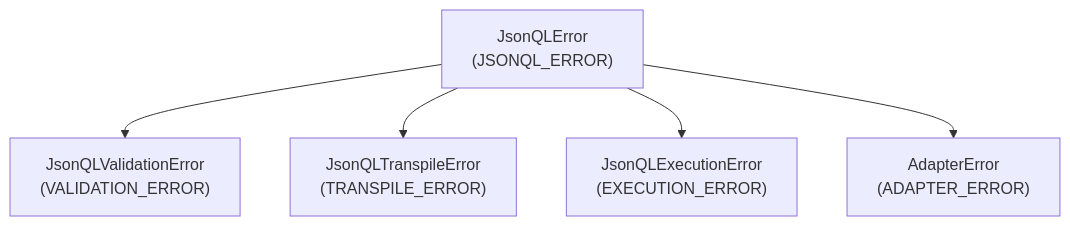
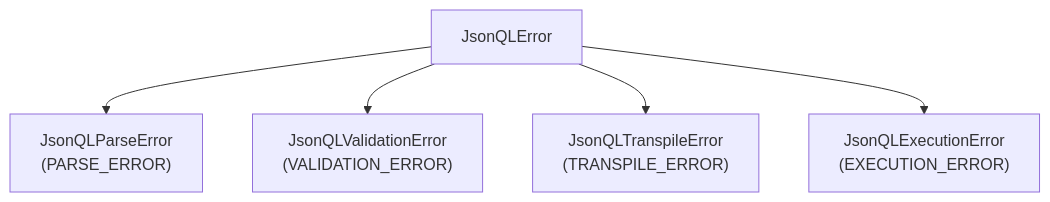
One commit to JSONQL-Standard/jsonql-docs changed the diagram in src/content/docs/sdk/python.md. Above: the diagram before and after it, drawn with Mermaid. The commit also changed other lines of this file and 3 other files, not shown here.

First line of the commit message:
docs: rewrite SDK pages — install, config, use flow

````diff
--- a/src/content/docs/sdk/python.md
+++ b/src/content/docs/sdk/python.md
@@ -243,7 +204,7 @@
 ```mermaid
 graph TD
-    E["JsonQLError<br/>(JSONQL_ERROR)"] --> V["JsonQLValidationError<br/>(VALIDATION_ERROR)"]
+    E["JsonQLError"] --> P["JsonQLParseError<br/>(PARSE_ERROR)"]
+    E --> V["JsonQLValidationError<br/>(VALIDATION_ERROR)"]
     E --> T["JsonQLTranspileError<br/>(TRANSPILE_ERROR)"]
     E --> X["JsonQLExecutionError<br/>(EXECUTION_ERROR)"]
-    E --> A["AdapterError<br/>(ADAPTER_ERROR)"]
 ```
````
